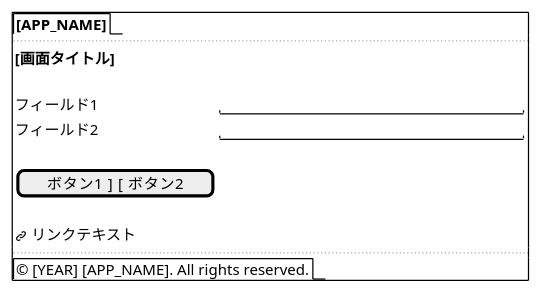
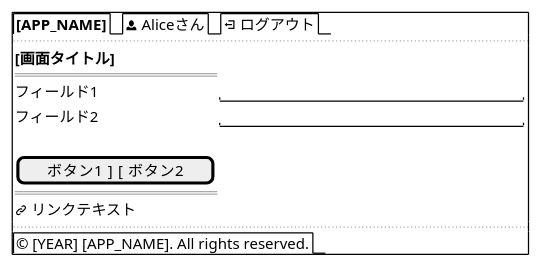
Before and after one commit to KenyaSaitoh/ai_dev_training_202512: the first of 4 diagrams in projects/java/berry-books-spec-driven/templates/wireframes-template.md, drawn with PlantUML. The commit also changed other lines of this file and 13 other files, not shown here.

````diff
--- a/projects/java/berry-books-spec-driven/templates/wireframes-template.md
+++ b/projects/java/berry-books-spec-driven/templates/wireframes-template.md
@@ -45,20 +45,20 @@
 ```plantuml
 @startsalt
 {+
-  {/ <b>[APP_NAME]</b> }
+  {/ <b>[APP_NAME]</b> | <&person> Aliceさん | <&account-logout> ログアウト }
   ..
   {
     <b>[画面タイトル]</b>
-    .
+    ==
     フィールド1 | "                              "
     フィールド2 | "                              "
     .
     [  ボタン1  ] [  ボタン2  ]
-    .
+    ==
     <&link-intact> リンクテキスト
   }
   ..
   {/ © [YEAR] [APP_NAME]. All rights reserved. }
 }
 @endsalt
 ```
````
